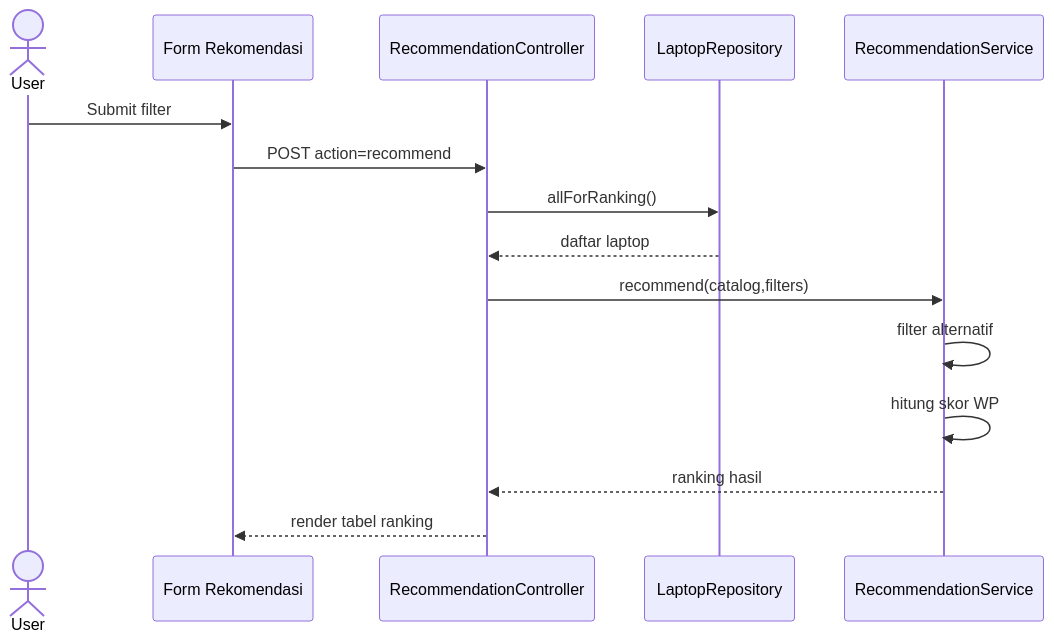
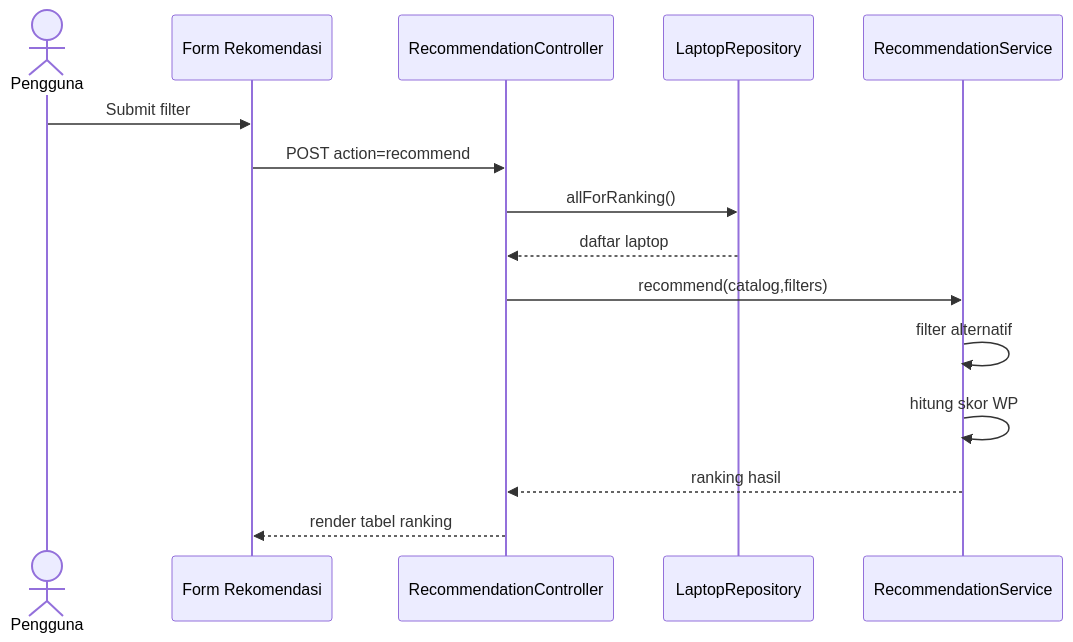
Before and after one commit to yeniseptianiputri/ta-pemilihan-laptop: the fifth of 7 diagrams in README.md, drawn with Mermaid. The commit also changed other lines of this file and 15 other files, not shown here.

````diff
--- a/README.md
+++ b/README.md
@@ -212,18 +268,18 @@
 ```mermaid
 sequenceDiagram
-    actor User
+    actor Pengguna
     participant View as Form Rekomendasi
     participant C as RecommendationController
     participant R as LaptopRepository
     participant S as RecommendationService
 
-    User->>View: Submit filter
+    Pengguna->>View: Submit filter
     View->>C: POST action=recommend
     C->>R: allForRanking()
     R-->>C: daftar laptop
     C->>S: recommend(catalog,filters)
     S->>S: filter alternatif
     S->>S: hitung skor WP
     S-->>C: ranking hasil
     C-->>View: render tabel ranking
 ```
````
